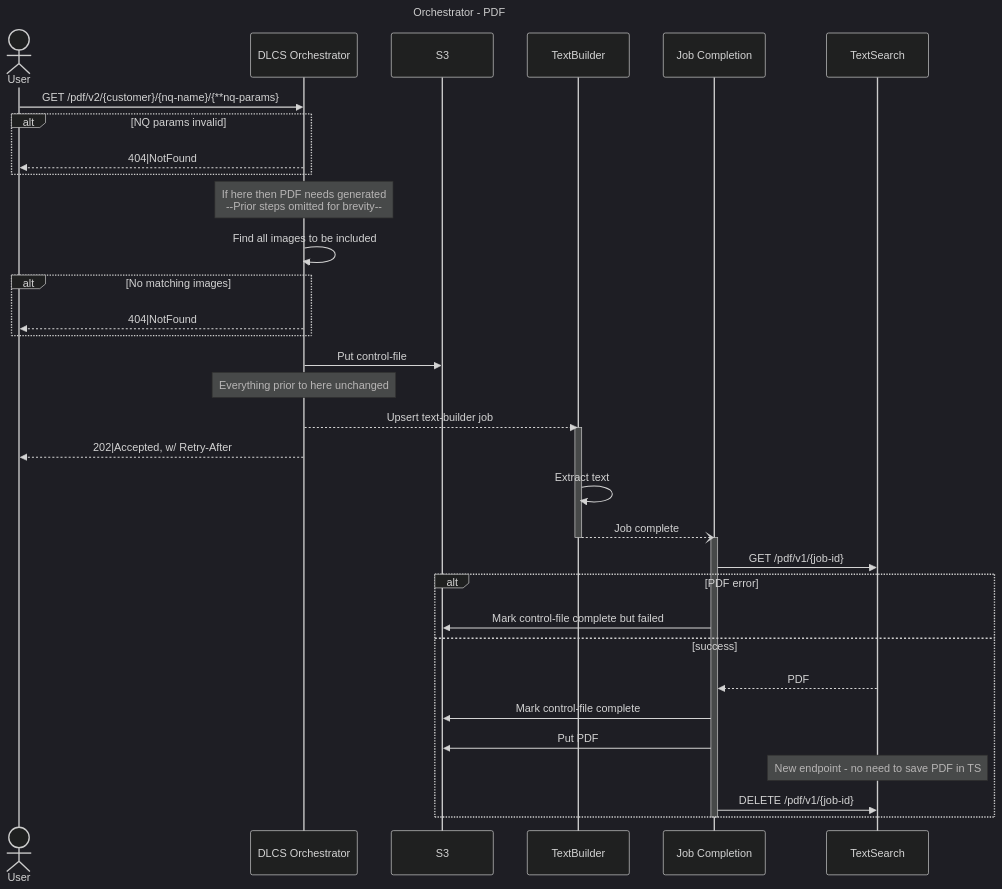
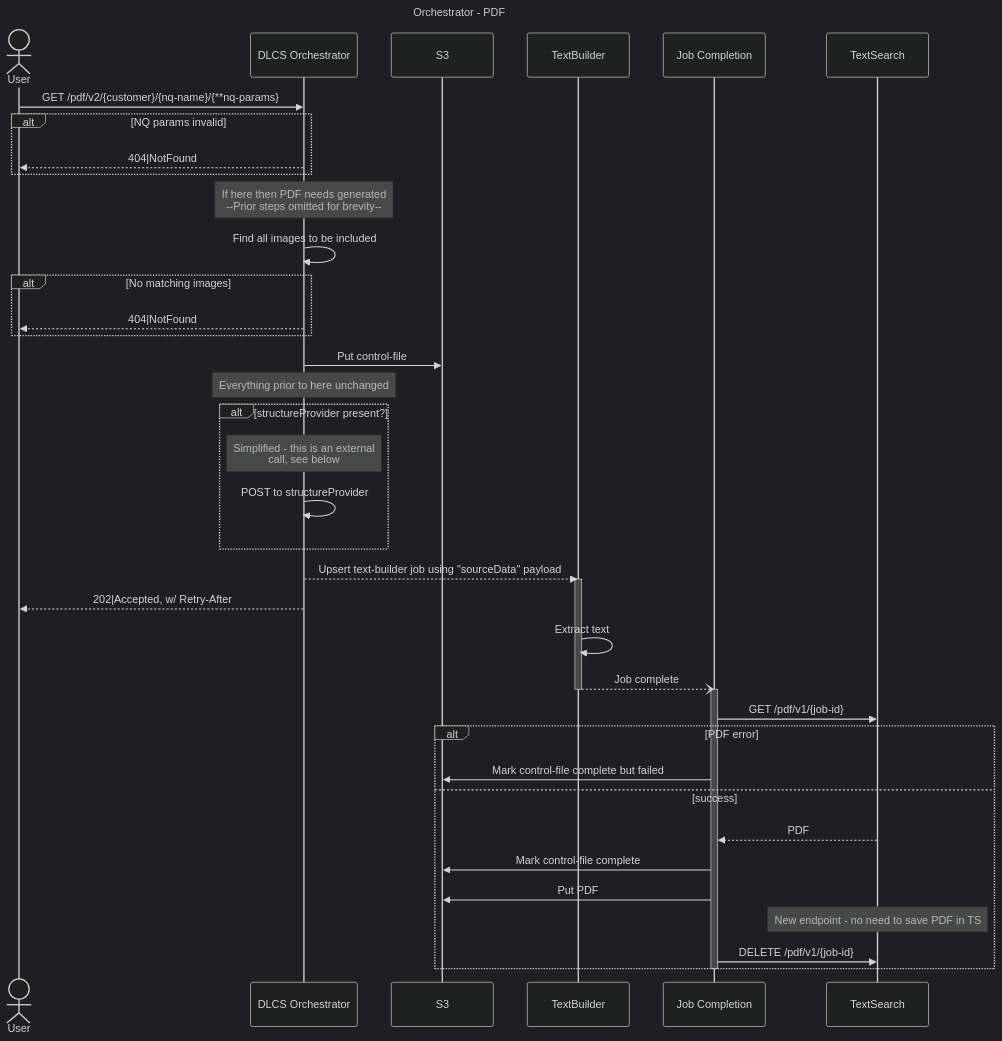
Before and after one commit to dlcs/protagonist: the fourth of 4 diagrams in docs/rfcs/024-pdf-generation-text-services.md, drawn with Mermaid (dark theme). The commit also changed other lines of this file, not shown here.

Commit message:
Update PDF v2 RFC with structureProvider

````diff
--- a/docs/rfcs/024-pdf-generation-text-services.md
+++ b/docs/rfcs/024-pdf-generation-text-services.md
@@ -168,46 +168,49 @@
 ```mermaid
 ---
 title: Orchestrator - PDF
 ---
 sequenceDiagram
 
 actor u as User
 participant orch as DLCS Orchestrator
 participant S3
 participant tb as TextBuilder
 participant jc as Job Completion
 participant ts as TextSearch
 
 u->>orch: GET /pdf/v2/{customer}/{nq-name}/{**nq-params}
 alt NQ params invalid
     orch-->>u: 404|NotFound
 end
 
 note over orch: If here then PDF needs generated<br/>--Prior steps omitted for brevity--
 orch->>orch: Find all images to be included
 alt No matching images
     orch-->>u: 404|NotFound
 end
 orch->>S3: Put control-file
 note over orch: Everything prior to here unchanged
-orch-->>tb: Upsert text-builder job
+alt structureProvider present?
+  note over orch: Simplified - this is an external<br/>call, see below
+  orch->>orch: POST to structureProvider
+end
+orch-->>tb: Upsert text-builder job using "sourceData" payload
 activate tb
 orch-->>u: 202|Accepted, w/ Retry-After
 tb->>tb: Extract text
 tb--)jc: Job complete
 deactivate tb
 activate jc
 jc->>ts: GET /pdf/v1/{job-id}
-
 
 alt PDF error
   jc->>S3: Mark control-file complete but failed
 else success
   ts-->>jc: PDF
     jc->>S3: Mark control-file complete
     jc->>S3: Put PDF
     note over ts: New endpoint - no need to save PDF in TS
     jc->>ts: DELETE /pdf/v1/{job-id}
 end
 deactivate jc
 ```
````
